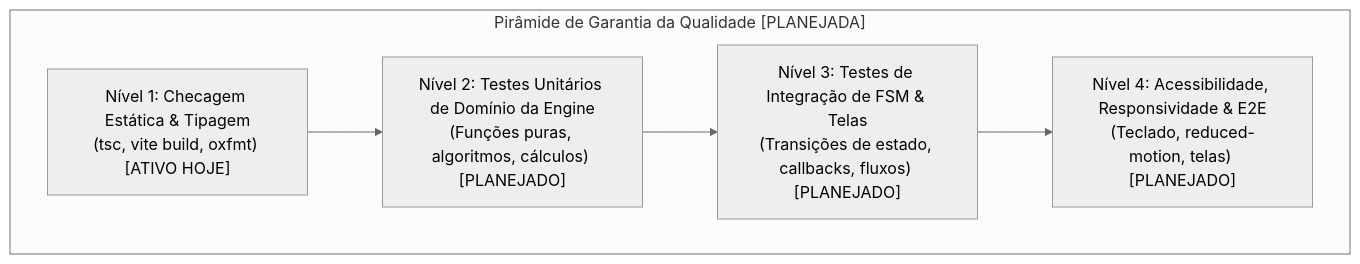
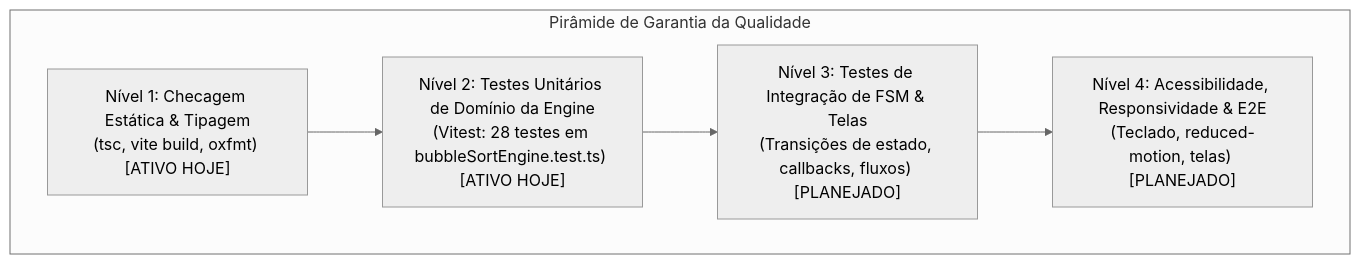
The diagram in docs/wiki/08-testing-and-quality.md (MarcosV22/Sorting-Station-Interface-Design), drawn with Mermaid (neutral theme) before and after one commit. The commit also changed other lines of this file and 20 other files, not shown here.

````diff
--- a/docs/wiki/08-testing-and-quality.md
+++ b/docs/wiki/08-testing-and-quality.md
@@ -29,13 +44,13 @@
 ```mermaid
 graph TD
-    subgraph Piramide_Qualidade ["Pirâmide de Garantia da Qualidade [PLANEJADA]"]
+    subgraph Piramide_Qualidade ["Pirâmide de Garantia da Qualidade"]
         N1["Nível 1: Checagem Estática & Tipagem\n(tsc, vite build, oxfmt) [ATIVO HOJE]"]
-        N2["Nível 2: Testes Unitários de Domínio da Engine\n(Funções puras, algoritmos, cálculos) [PLANEJADO]"]
+        N2["Nível 2: Testes Unitários de Domínio da Engine\n(Vitest: 28 testes em bubbleSortEngine.test.ts) [ATIVO HOJE]"]
         N3["Nível 3: Testes de Integração de FSM & Telas\n(Transições de estado, callbacks, fluxos) [PLANEJADO]"]
         N4["Nível 4: Acessibilidade, Responsividade & E2E\n(Teclado, reduced-motion, telas) [PLANEJADO]"]
 
         N1 --> N2
         N2 --> N3
         N3 --> N4
     end
 ```
````
